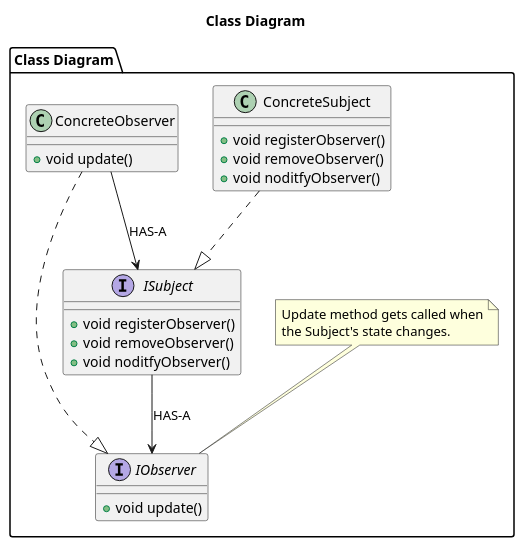
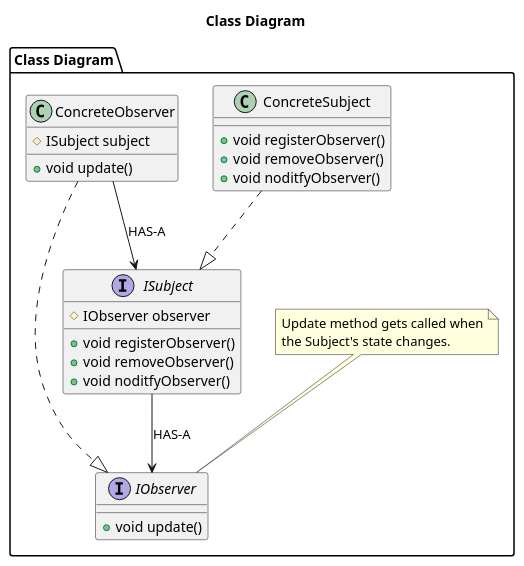
One commit to LearningProcesss/DesignPatterns changed the diagram in ulm/observer_pattern_class_diagram.wsd. Above: the diagram before and after it, drawn with PlantUML. The commit also changed 3 other files, not shown here.

```diff
--- a/ulm/observer_pattern_class_diagram.wsd
+++ b/ulm/observer_pattern_class_diagram.wsd
@@ -1,48 +1,50 @@
 @startuml
 
 title Class Diagram
 
 package "Class Diagram" {
 
     ' legend right
     ' |Color| Type |
     ' |..|>| Type A class|
     ' |<#00FF00>| Type B class|
     ' |<#0000FF>| Type C class|
     ' endlegend
 
     note "Update method gets called when\nthe Subject's state changes." as NO
 
     NO ..> IObserver
 
     interface ISubject {
+        # IObserver observer
         + void registerObserver()
         + void removeObserver()
         + void noditfyObserver()
     }
 
     interface IObserver {
         + void update()
     }
 
     class ConcreteSubject {
         + void registerObserver()
         + void removeObserver()
         + void noditfyObserver()
     }
 
     class ConcreteObserver {
+        # ISubject subject
         + void update()
     }
     
     ISubject --> IObserver : "HAS-A"
 
     ConcreteSubject ..|> ISubject
 
     ConcreteObserver ..|> IObserver
 
 
     ConcreteObserver --> ISubject : "HAS-A"
 }
 
 @enduml
```
